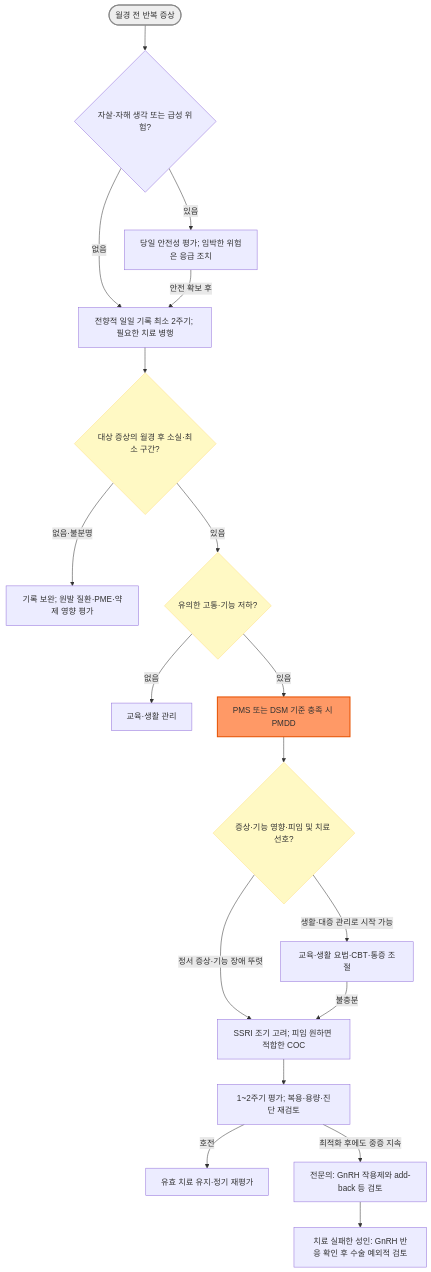
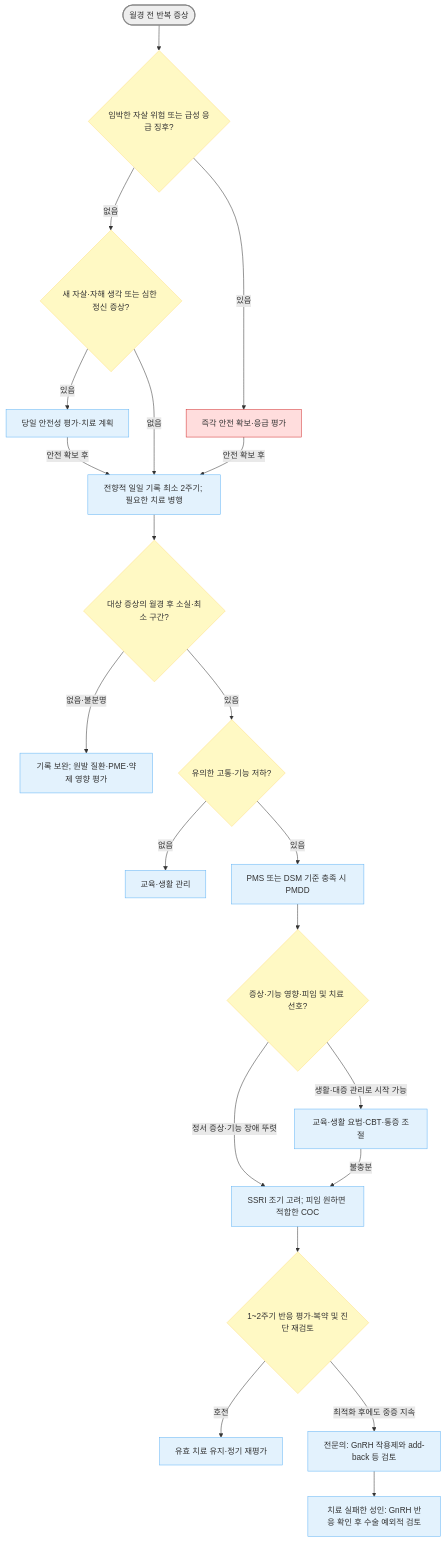
One commit to familyoh77/familyoh77 changed the diagram in 227_/127_-premenstrual-syndrome-pms.md. Above: the diagram before and after it, drawn with Mermaid. The commit also changed other lines of this file and 10 other files, not shown here.

````diff
--- a/227_/127_-premenstrual-syndrome-pms.md
+++ b/227_/127_-premenstrual-syndrome-pms.md
@@ -133,27 +133,32 @@
 ```mermaid
 graph TD
-    Start(["월경 전 반복 증상"]) --> Safety{"자살·자해 생각 또는 급성 위험?"}
-    Safety -- "있음" --> Triage["당일 안전성 평가; 임박한 위험은 응급 조치"]
-    Safety -- "없음" --> Chart["전향적 일일 기록 최소 2주기; 필요한 치료 병행"]
+    Start(["월경 전 반복 증상"]) --> Safety{"임박한 자살 위험 또는 급성 응급 징후?"}
+    Safety -- "있음" --> Triage["즉각 안전 확보·응급 평가"]
+    Safety -- "없음" --> Urgent{"새 자살·자해 생각 또는 심한 정신 증상?"}
+    Urgent -- "있음" --> Day["당일 안전성 평가·치료 계획"]
+    Day -- "안전 확보 후" --> Chart
+    Urgent -- "없음" --> Chart["전향적 일일 기록 최소 2주기; 필요한 치료 병행"]
     Triage -- "안전 확보 후" --> Chart
     Chart --> Pattern{"대상 증상의 월경 후 소실·최소 구간?"}
     Pattern -- "없음·불분명" --> Diff["기록 보완; 원발 질환·PME·약제 영향 평가"]
     Pattern -- "있음" --> Impact{"유의한 고통·기능 저하?"}
     Impact -- "없음" --> Physiologic["교육·생활 관리"]
     Impact -- "있음" --> Dx["PMS 또는 DSM 기준 충족 시 PMDD"]
     Dx --> Choice{"증상·기능 영향·피임 및 치료 선호?"}
     Choice -- "생활·대증 관리로 시작 가능" --> Step1["교육·생활 요법·CBT·통증 조절"]
     Choice -- "정서 증상·기능 장애 뚜렷" --> Step2["SSRI 조기 고려; 피임 원하면 적합한 COC"]
     Step1 -- "불충분" --> Step2
-    Step2 --> Reassess["1~2주기 평가; 복용·용량·진단 재검토"]
+    Step2 --> Reassess{"1~2주기 반응 평가·복약 및 진단 재검토"}
     Reassess -- "호전" --> Follow["유효 치료 유지·정기 재평가"]
     Reassess -- "최적화 후에도 중증 지속" --> Step3["전문의: GnRH 작용제와 add-back 등 검토"]
     Step3 --> Surgery["치료 실패한 성인: GnRH 반응 확인 후 수술 예외적 검토"]
 
     classDef branch fill:#fff9c4,stroke:#ffe082
-    classDef mainDx fill:#f96,stroke:#e65100,stroke-width:2px
+    classDef care fill:#e3f2fd,stroke:#64b5f6
+    classDef emergency fill:#ffdddd,stroke:#d32f2f
     classDef startNode fill:#eeeeee,stroke:#888888,stroke-width:2px
     class Start startNode
-    class Dx mainDx
-    class Pattern,Impact,Choice branch
+    class Day,Chart,Diff,Physiologic,Dx,Step1,Step2,Follow,Step3,Surgery care
+    class Triage emergency
+    class Safety,Urgent,Pattern,Impact,Choice,Reassess branch
 ```
````
